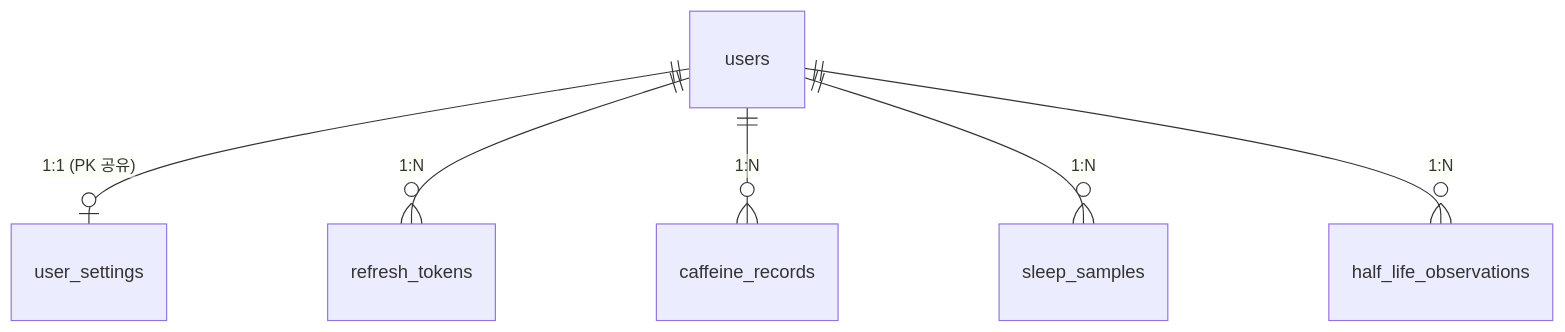
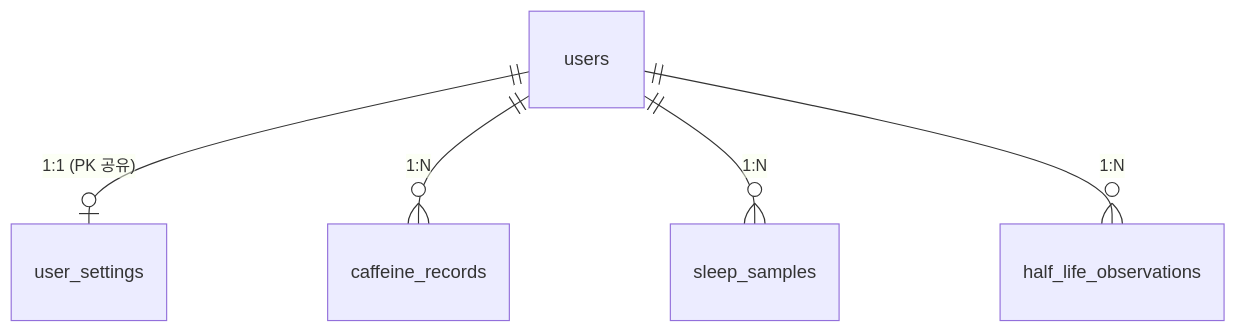
One commit to ksiksit/caffeine_tracker_server changed the diagram in docs/db/db-schema.md. Above: the diagram before and after it, drawn with Mermaid. The commit also changed other lines of this file and 22 other files, not shown here.

First line of the commit message:
refactor(auth): 리프레시 토큰을 JWT로 전환하고 refresh_tokens 테이블 제거

````diff
--- a/docs/db/db-schema.md
+++ b/docs/db/db-schema.md
@@ -44,8 +43,7 @@
 ```mermaid
 erDiagram
     users ||--o| user_settings : "1:1 (PK 공유)"
-    users ||--o{ refresh_tokens : "1:N"
     users ||--o{ caffeine_records : "1:N"
     users ||--o{ sleep_samples : "1:N"
     users ||--o{ half_life_observations : "1:N"
 ```
````
